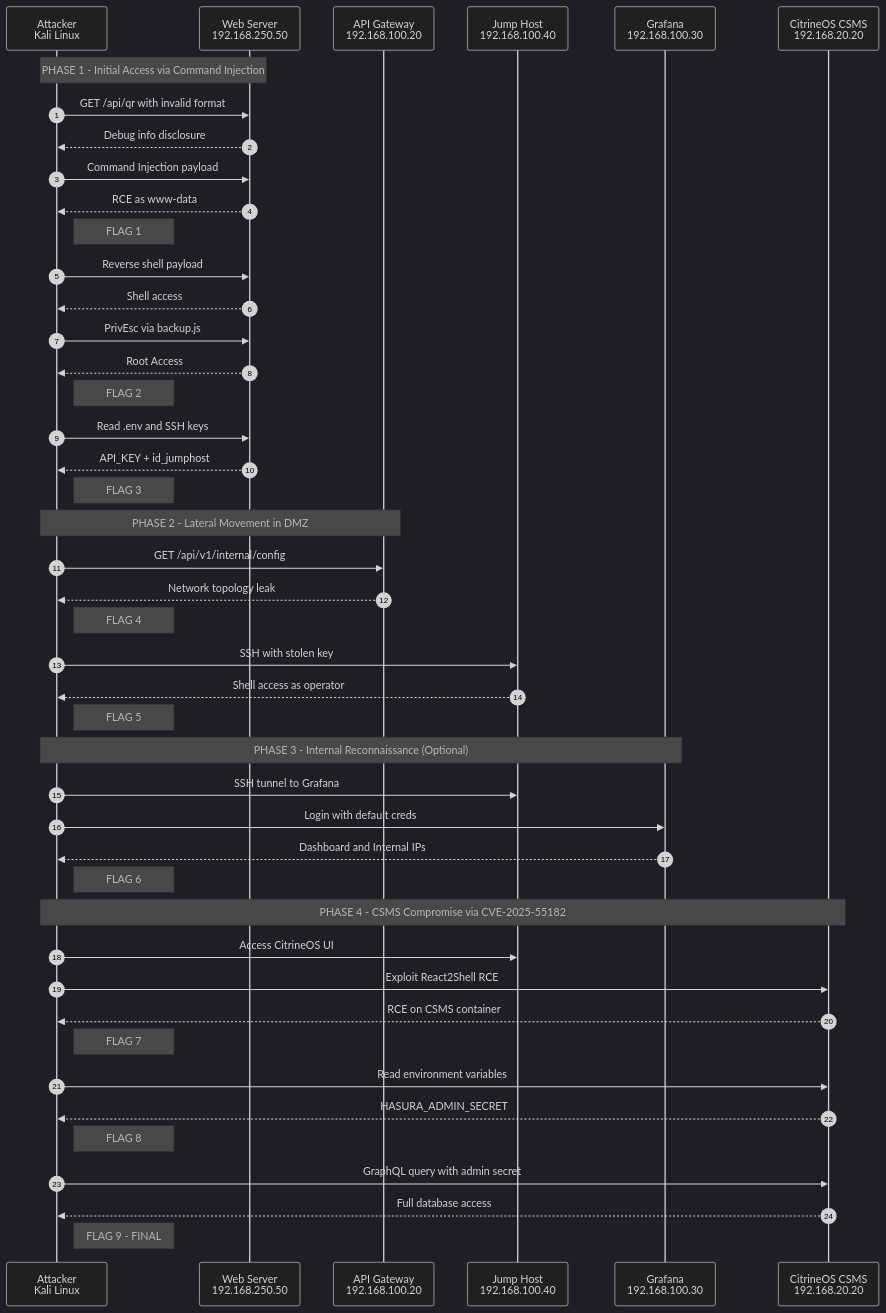
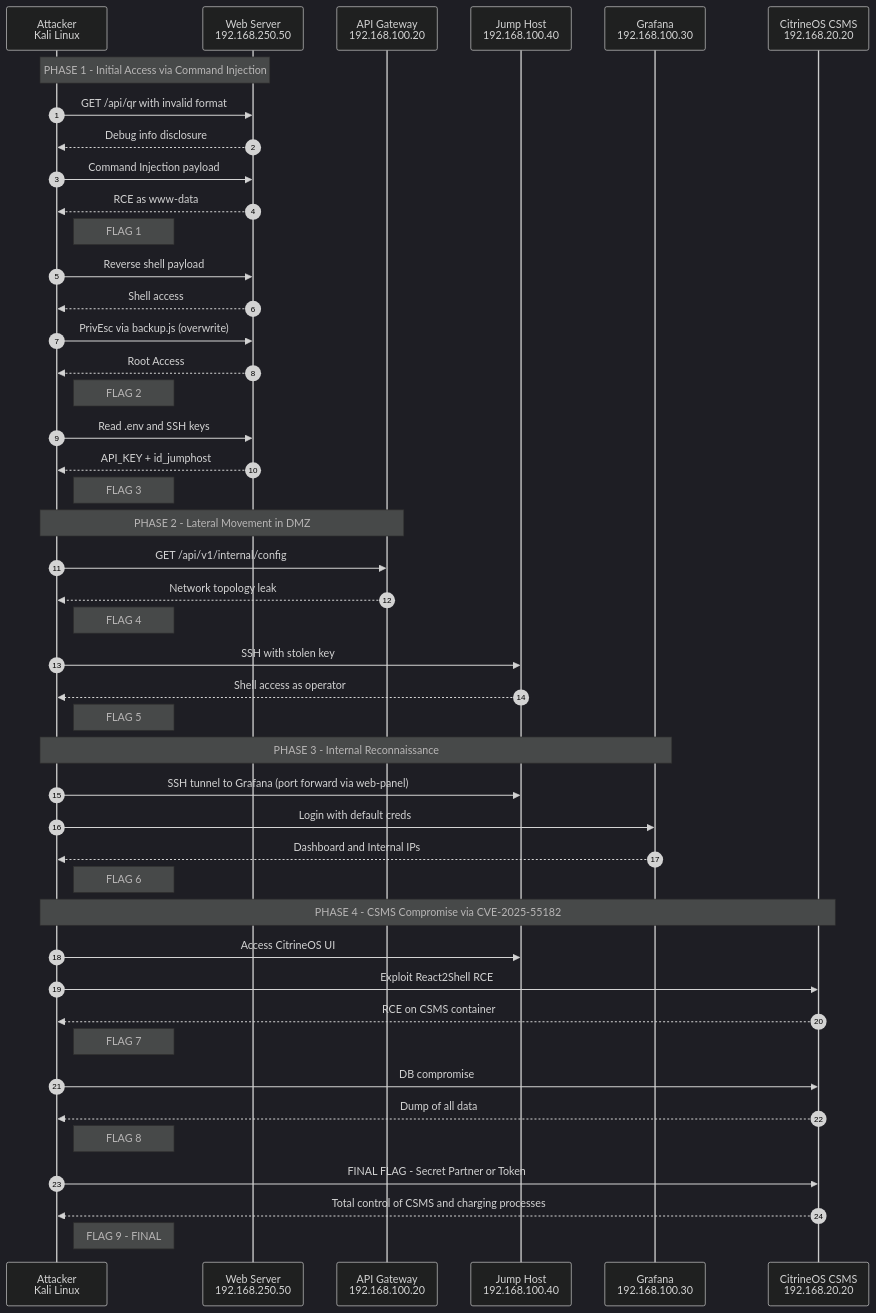
The diagram in full_documentation/scenario_attack_flow_v4_FULL.md (lota-ll/diploma-documentation), drawn with Mermaid (dark theme) before and after one commit. The commit also changed other lines of this file and 4 other files, not shown here.

````diff
--- a/full_documentation/scenario_attack_flow_v4_FULL.md
+++ b/full_documentation/scenario_attack_flow_v4_FULL.md
@@ -16,57 +15,57 @@
 ```mermaid
 sequenceDiagram
     autonumber
     participant A as Attacker<br/>Kali Linux
     participant W as Web Server<br/>192.168.250.50
     participant API as API Gateway<br/>192.168.100.20
     participant J as Jump Host<br/>192.168.100.40
     participant G as Grafana<br/>192.168.100.30
     participant CSMS as CitrineOS CSMS<br/>192.168.20.20
 
     Note over A,W: PHASE 1 - Initial Access via Command Injection
     A->>W: GET /api/qr with invalid format
     W-->>A: Debug info disclosure
     A->>W: Command Injection payload
     W-->>A: RCE as www-data
     Note right of A: FLAG 1
     
     A->>W: Reverse shell payload
     W-->>A: Shell access
     
-    A->>W: PrivEsc via backup.js
+    A->>W: PrivEsc via backup.js (overwrite)
     W-->>A: Root Access
     Note right of A: FLAG 2
     
     A->>W: Read .env and SSH keys
     W-->>A: API_KEY + id_jumphost
     Note right of A: FLAG 3
 
     Note over A,API: PHASE 2 - Lateral Movement in DMZ
     A->>API: GET /api/v1/internal/config
     API-->>A: Network topology leak
     Note right of A: FLAG 4
     
     A->>J: SSH with stolen key
     J-->>A: Shell access as operator
     Note right of A: FLAG 5
 
-    Note over A,G: PHASE 3 - Internal Reconnaissance (Optional)
-    A->>J: SSH tunnel to Grafana
+    Note over A,G: PHASE 3 - Internal Reconnaissance
+    A->>J: SSH tunnel to Grafana (port forward via web-panel)
     A->>G: Login with default creds
     G-->>A: Dashboard and Internal IPs
     Note right of A: FLAG 6
 
     Note over A,CSMS: PHASE 4 - CSMS Compromise via CVE-2025-55182
     A->>J: Access CitrineOS UI
     A->>CSMS: Exploit React2Shell RCE
     CSMS-->>A: RCE on CSMS container
     Note right of A: FLAG 7
     
-    A->>CSMS: Read environment variables
-    CSMS-->>A: HASURA_ADMIN_SECRET
+    A->>CSMS: DB compromise
+    CSMS-->>A: Dump of all data
     Note right of A: FLAG 8
     
-    A->>CSMS: GraphQL query with admin secret
-    CSMS-->>A: Full database access
+    A->>CSMS: FINAL FLAG - Secret Partner or Token
+    CSMS-->>A: Total control of CSMS and charging processes
     Note right of A: FLAG 9 - FINAL
 ```
````
